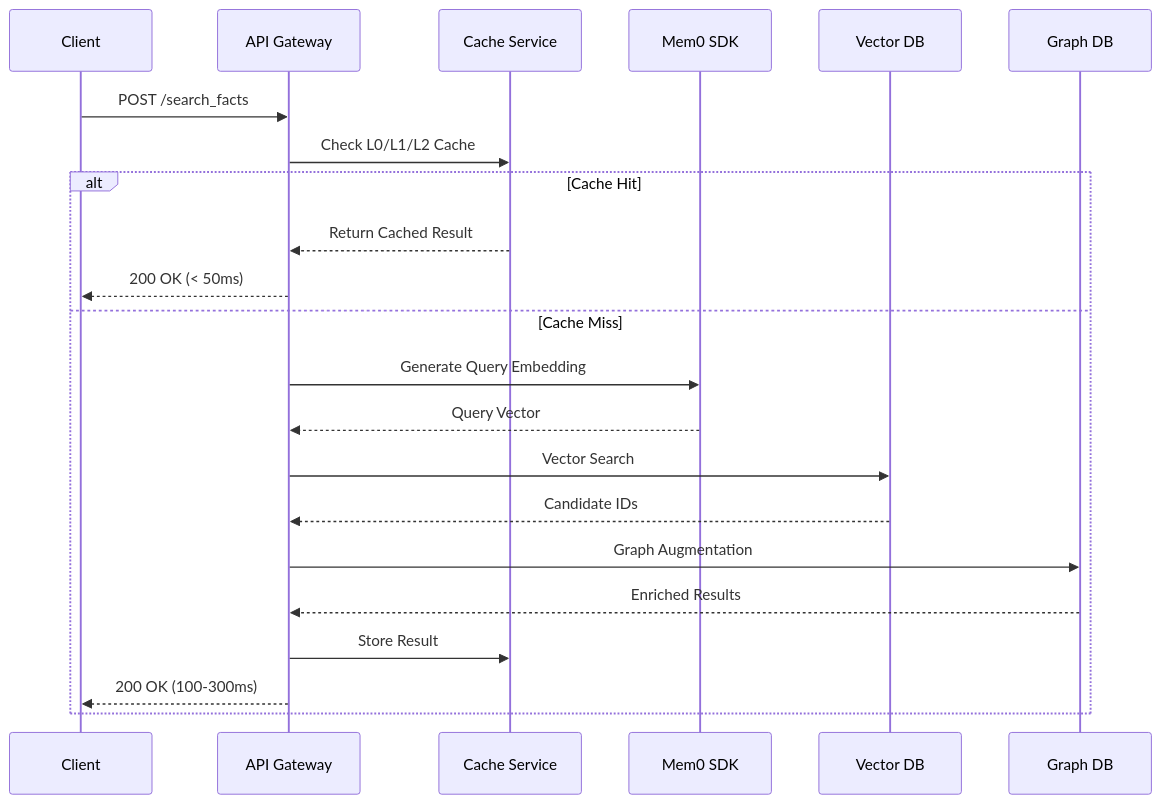
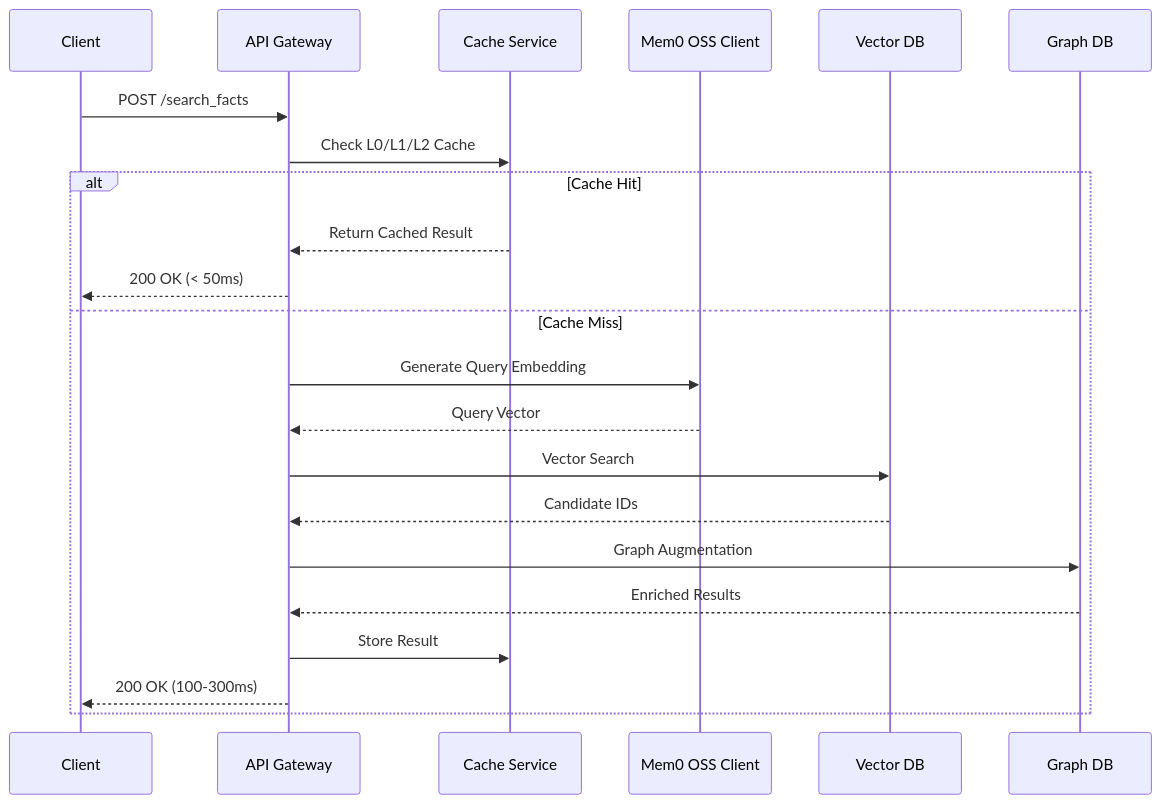
One commit to DoanNgocCuong/working changed the third of 5 diagrams in DATA_SCIENCE_AND_AI/Domain8AdvancedAIApplications/1_AIAgents/2_Memory/Phần 1 - Memory Chung/Cách 2 - Mem0/Untitled.md. Above: the diagram before and after it, drawn with Mermaid. The commit also changed other lines of this file, not shown here.

````diff
--- a/DATA_SCIENCE_AND_AI/Domain8AdvancedAIApplications/1_AIAgents/2_Memory/Phần 1 - Memory Chung/Cách 2 - Mem0/Untitled.md
+++ b/DATA_SCIENCE_AND_AI/Domain8AdvancedAIApplications/1_AIAgents/2_Memory/Phần 1 - Memory Chung/Cách 2 - Mem0/Untitled.md
@@ -174,25 +189,25 @@
 ```mermaid
 sequenceDiagram
     participant C as Client
     participant API as API Gateway
     participant Cache as Cache Service
-    participant Mem0 as Mem0 SDK
+    participant Mem0 as Mem0 OSS Client
     participant VDB as Vector DB
     participant GDB as Graph DB
 
     C->>API: POST /search_facts
     API->>Cache: Check L0/L1/L2 Cache
     alt Cache Hit
         Cache-->>API: Return Cached Result
         API-->>C: 200 OK (< 50ms)
     else Cache Miss
         API->>Mem0: Generate Query Embedding
         Mem0-->>API: Query Vector
         API->>VDB: Vector Search
         VDB-->>API: Candidate IDs
         API->>GDB: Graph Augmentation
         GDB-->>API: Enriched Results
         API->>Cache: Store Result
         API-->>C: 200 OK (100-300ms)
     end
 ```
````
